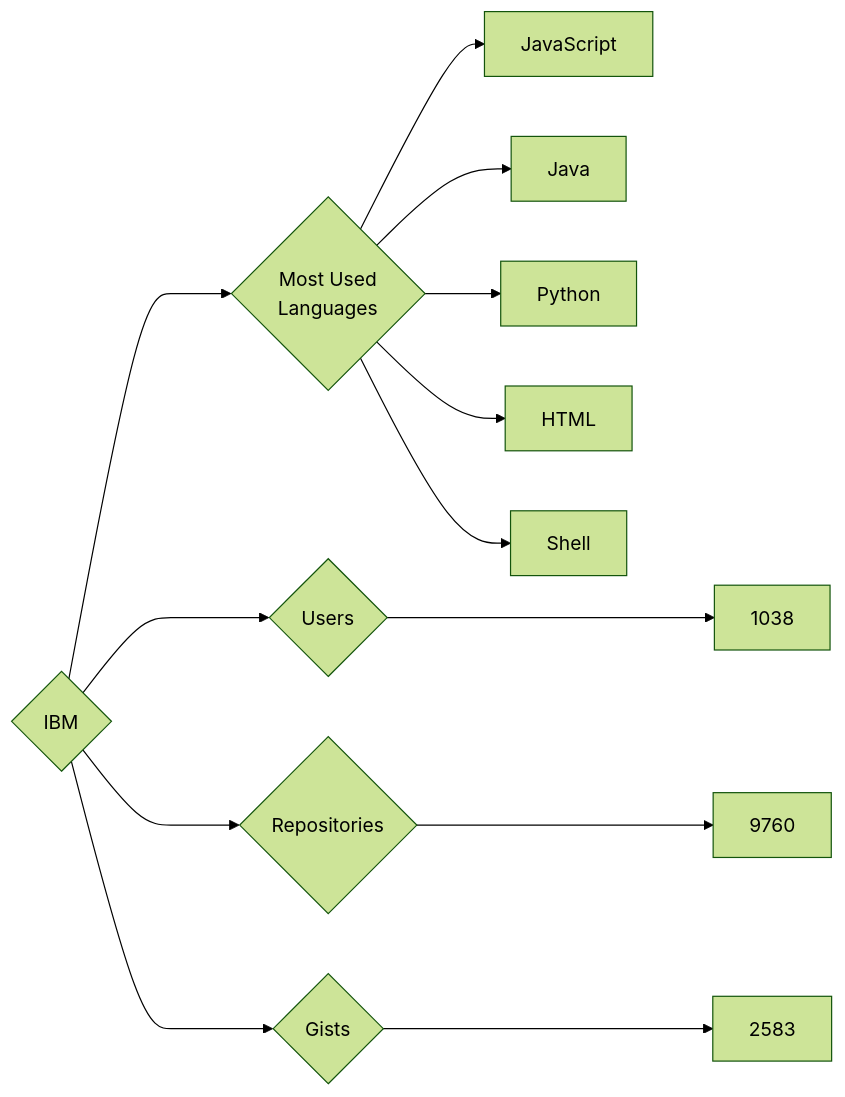
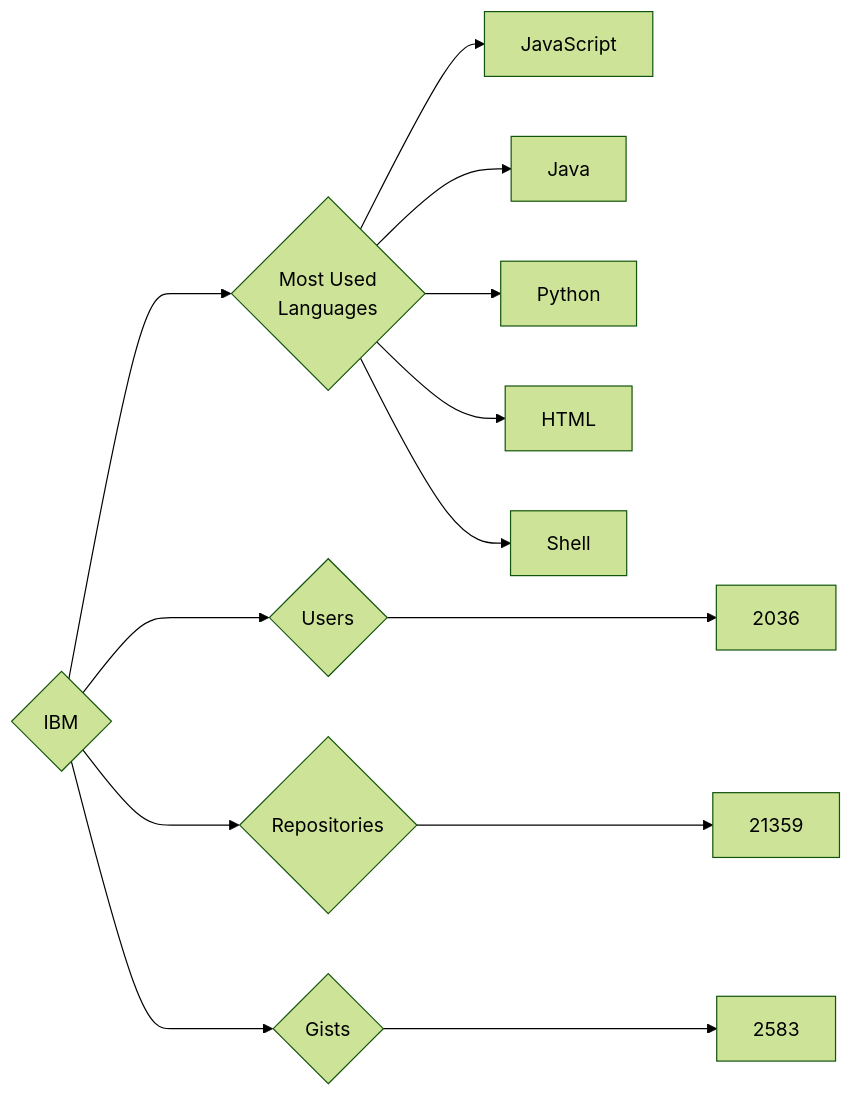
One commit to trickest/insiders changed the diagram in targets/IBM/README.md. Above: the diagram before and after it, drawn with Mermaid (forest theme). The commit also changed 899 other files, not shown here.

````diff
--- a/targets/IBM/README.md
+++ b/targets/IBM/README.md
@@ -3,13 +3,13 @@
 ```mermaid
 graph LR
 COMPANY_NAME{IBM}
-COMPANY_NAME ---> U{Users} ---> UN[1038]
-COMPANY_NAME ---> R{Repositories} ---> RN[9760]
+COMPANY_NAME ---> U{Users} ---> UN[2036]
+COMPANY_NAME ---> R{Repositories} ---> RN[21359]
 COMPANY_NAME ---> G{Gists} ---> GN[2583]
 COMPANY_NAME ---> ML{Most Used<br>Languages}
 ML --> JavaScript[JavaScript]
 ML --> Java[Java]
 ML --> Python[Python]
 ML --> HTML[HTML]
 ML --> Shell[Shell]
 ```
````
